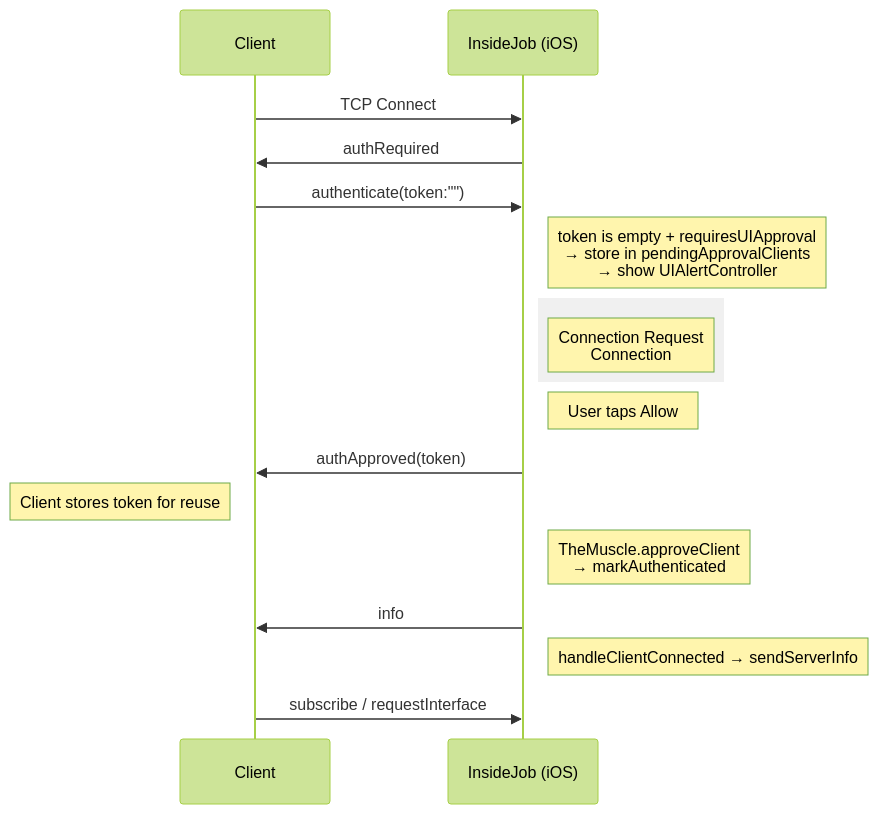
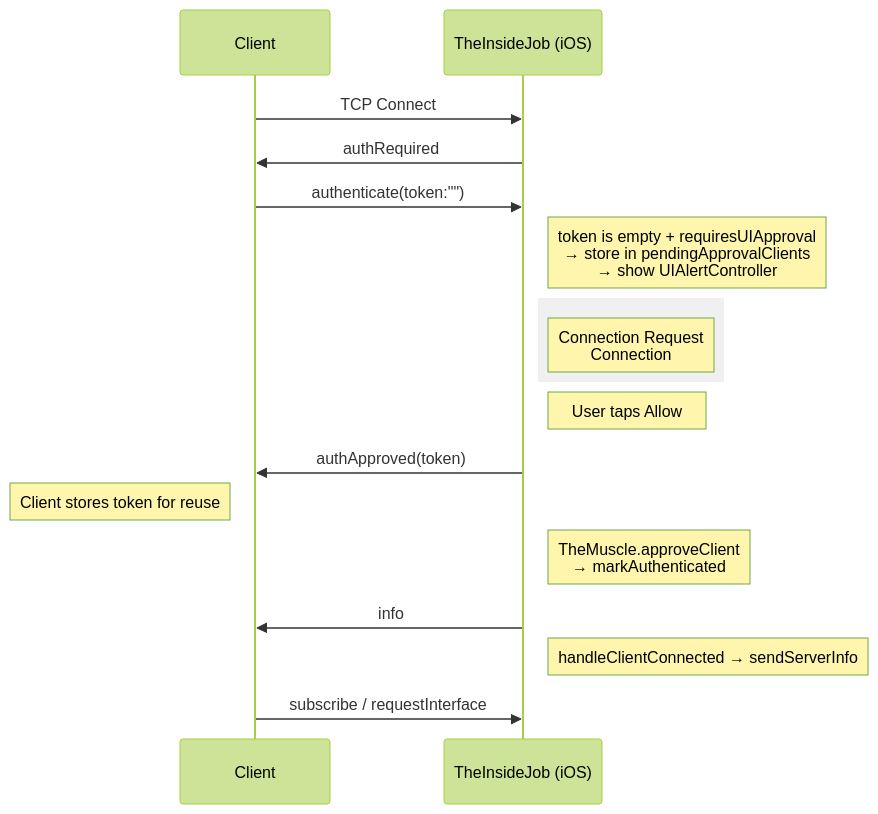
The third of 5 diagrams in docs/AUTH.md (RoyalPineapple/TheButtonHeist), drawn with Mermaid (forest theme) before and after one commit. The commit also changed other lines of this file and 66 other files, not shown here.

Commit message:
Rename InsideJob to TheInsideJob (framework and class only)

````diff
--- a/docs/AUTH.md
+++ b/docs/AUTH.md
@@ -89,22 +89,22 @@
 ```mermaid
 sequenceDiagram
     participant Client
-    participant InsideJob as InsideJob (iOS)
+    participant TheInsideJob as TheInsideJob (iOS)
 
-    Client->>InsideJob: TCP Connect
-    InsideJob->>Client: authRequired
-    Client->>InsideJob: authenticate(token:"")
-    Note right of InsideJob: token is empty + requiresUIApproval<br/>→ store in pendingApprovalClients<br/>→ show UIAlertController
+    Client->>TheInsideJob: TCP Connect
+    TheInsideJob->>Client: authRequired
+    Client->>TheInsideJob: authenticate(token:"")
+    Note right of TheInsideJob: token is empty + requiresUIApproval<br/>→ store in pendingApprovalClients<br/>→ show UIAlertController
 
     rect rgb(240, 240, 240)
-        Note right of InsideJob: Connection Request<br/>Connection #N is requesting access.<br/>[Deny] [Allow]
+        Note right of TheInsideJob: Connection Request<br/>Connection #N is requesting access.<br/>[Deny] [Allow]
     end
 
-    Note right of InsideJob: User taps Allow
-    InsideJob->>Client: authApproved(token)
+    Note right of TheInsideJob: User taps Allow
+    TheInsideJob->>Client: authApproved(token)
     Note left of Client: Client stores token for reuse
-    Note right of InsideJob: TheMuscle.approveClient<br/>→ markAuthenticated
-    InsideJob->>Client: info
-    Note right of InsideJob: handleClientConnected → sendServerInfo
-    Client->>InsideJob: subscribe / requestInterface
+    Note right of TheInsideJob: TheMuscle.approveClient<br/>→ markAuthenticated
+    TheInsideJob->>Client: info
+    Note right of TheInsideJob: handleClientConnected → sendServerInfo
+    Client->>TheInsideJob: subscribe / requestInterface
 ```
````
